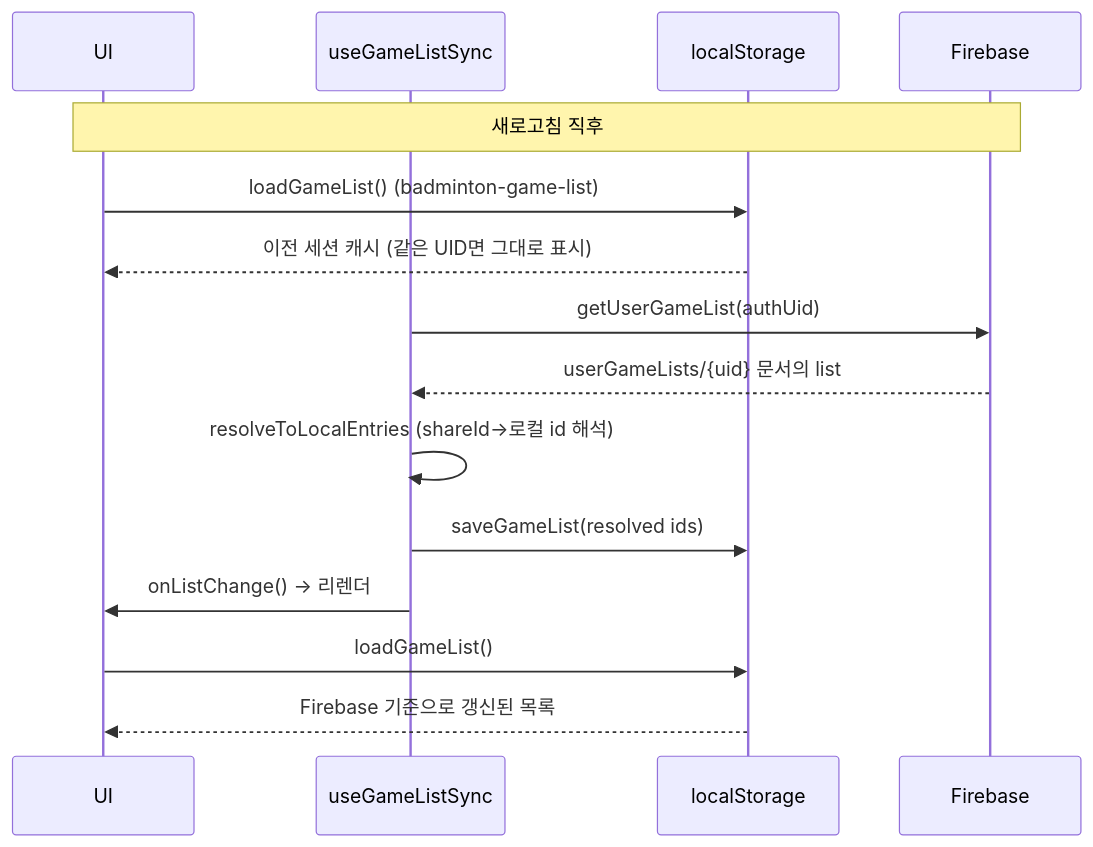
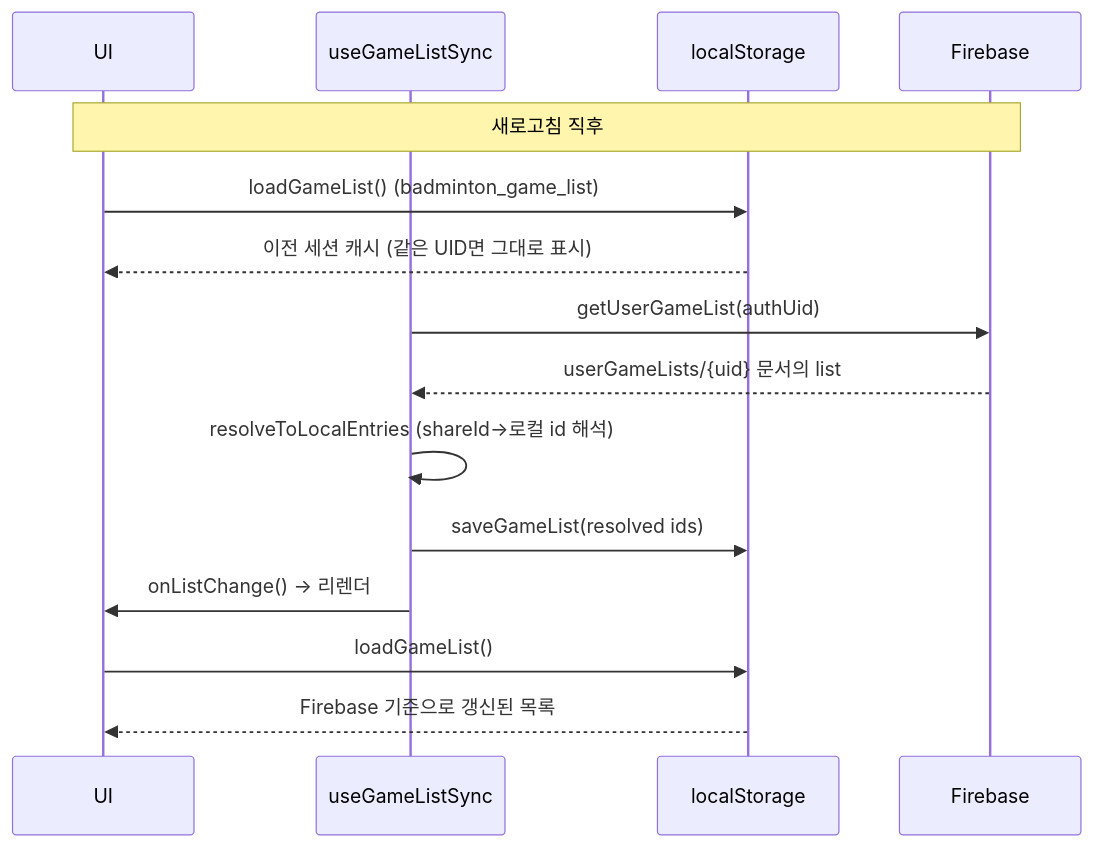
Before and after one commit to songdaeil/badminton-app: the diagram in docs/README.md, drawn with Mermaid. The commit also changed other lines of this file and 16 other files, not shown here.

````diff
--- a/docs/README.md
+++ b/docs/README.md
@@ -252,18 +374,18 @@
 ```mermaid
 sequenceDiagram
   participant UI
   participant useGameListSync
   participant localStorage
   participant Firebase
 
   Note over UI,Firebase: 새로고침 직후
-  UI->>localStorage: loadGameList() (badminton-game-list)
+  UI->>localStorage: loadGameList() (badminton_game_list)
   localStorage-->>UI: 이전 세션 캐시 (같은 UID면 그대로 표시)
   useGameListSync->>Firebase: getUserGameList(authUid)
   Firebase-->>useGameListSync: userGameLists/{uid} 문서의 list
   useGameListSync->>useGameListSync: resolveToLocalEntries (shareId→로컬 id 해석)
   useGameListSync->>localStorage: saveGameList(resolved ids)
   useGameListSync->>UI: onListChange() → 리렌더
   UI->>localStorage: loadGameList()
   localStorage-->>UI: Firebase 기준으로 갱신된 목록
 ```
````
